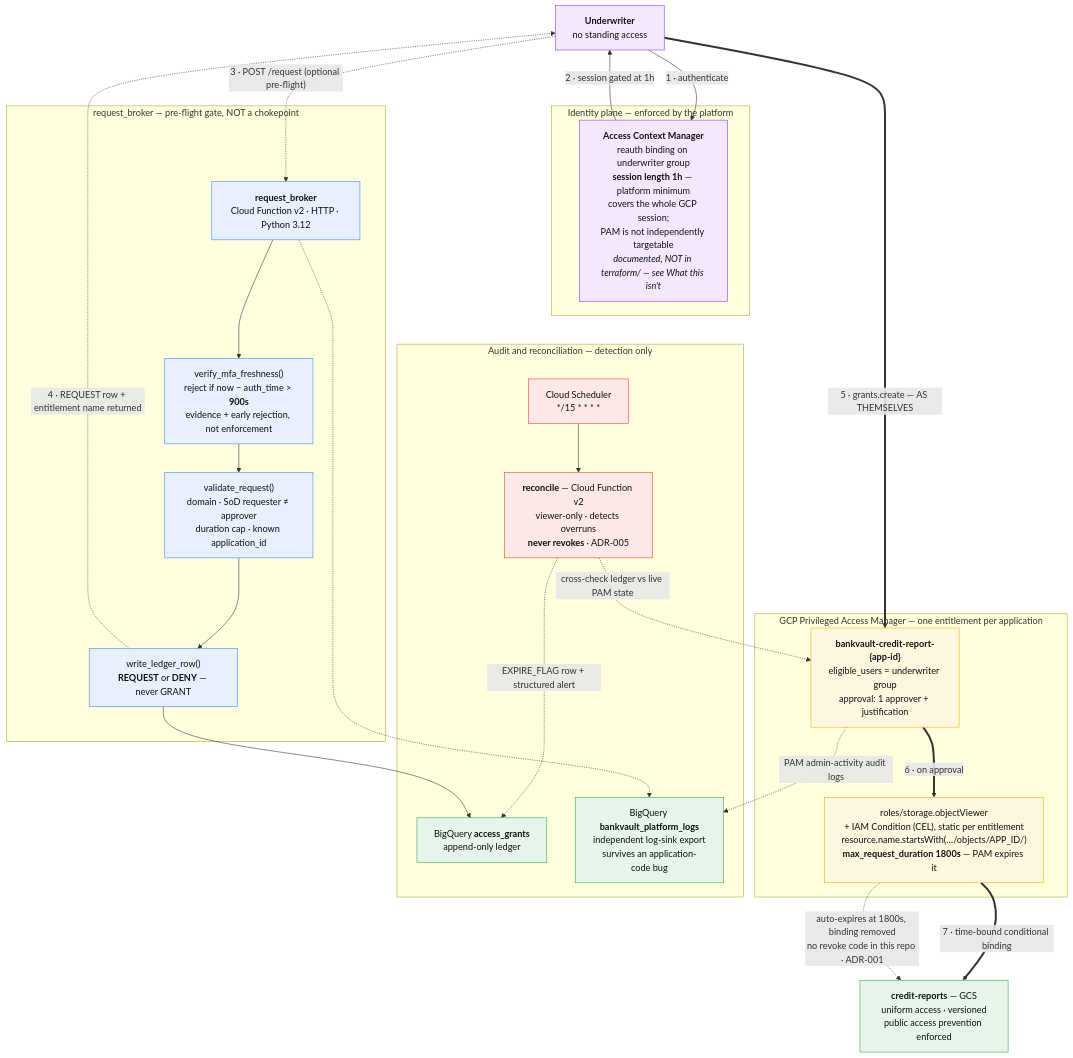
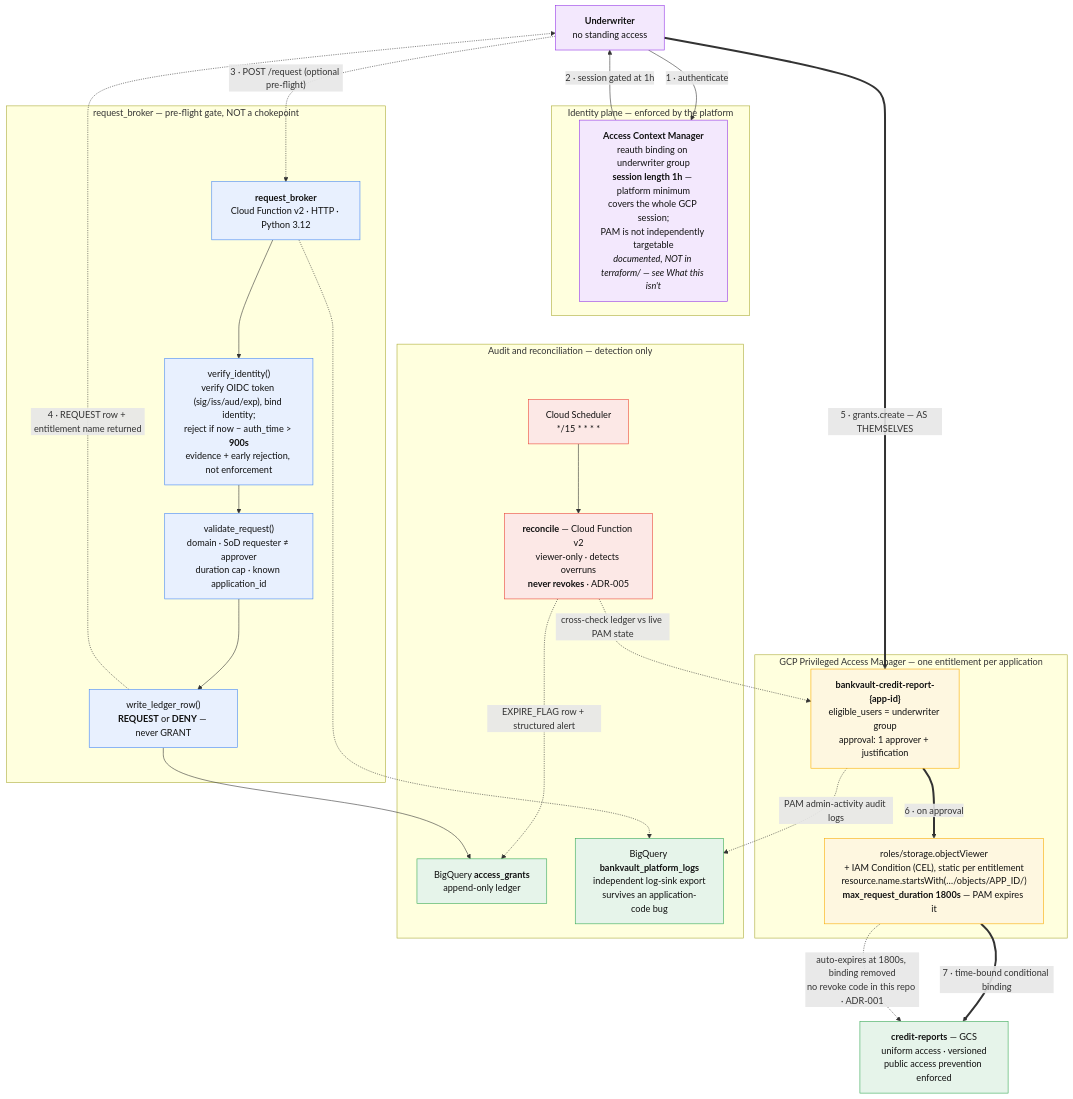
Before and after one commit to Bigbadlonewolf/bankvault: the diagram in README.md, drawn with Mermaid. The commit also changed other lines of this file and 12 other files, not shown here.

First line of the commit message:
feat(broker): verify OIDC identity instead of trusting decoded claims

````diff
--- a/README.md
+++ b/README.md
@@ -17,57 +17,57 @@
 ```mermaid
 flowchart TD
     UW["<b>Underwriter</b><br/>no standing access"]
 
     subgraph IDENTITY["Identity plane — enforced by the platform"]
         ACM["<b>Access Context Manager</b><br/>reauth binding on underwriter group<br/><b>session length 1h</b> — platform minimum<br/>covers the whole GCP session;<br/>PAM is not independently targetable<br/><i>documented, NOT in terraform/ — see What this isn't</i>"]
     end
 
     subgraph PREFLIGHT["request_broker — pre-flight gate, NOT a chokepoint"]
         BR["<b>request_broker</b><br/>Cloud Function v2 · HTTP · Python 3.12"]
-        MFA["verify_mfa_freshness()<br/>reject if now − auth_time > <b>900s</b><br/>evidence + early rejection, not enforcement"]
+        MFA["verify_identity()<br/>verify OIDC token (sig/iss/aud/exp), bind identity;<br/>reject if now − auth_time > <b>900s</b><br/>evidence + early rejection, not enforcement"]
         VAL["validate_request()<br/>domain · SoD requester ≠ approver<br/>duration cap · known application_id"]
         LW["write_ledger_row()<br/><b>REQUEST</b> or <b>DENY</b> — never GRANT"]
     end
 
     subgraph PAM["GCP Privileged Access Manager — one entitlement per application"]
         ENT["<b>bankvault-credit-report-{app-id}</b><br/>eligible_users = underwriter group<br/>approval: 1 approver + justification"]
         COND["roles/storage.objectViewer<br/>+ IAM Condition (CEL), static per entitlement<br/>resource.name.startsWith(…/objects/APP_ID/)<br/><b>max_request_duration 1800s</b> — PAM expires it"]
     end
 
     BKT["<b>credit-reports</b> — GCS<br/>uniform access · versioned<br/>public access prevention enforced"]
 
     subgraph AUDIT["Audit and reconciliation — detection only"]
         SCH["Cloud Scheduler<br/>*/15 * * * *"]
         REC["<b>reconcile</b> — Cloud Function v2<br/>viewer-only · detects overruns<br/><b>never revokes</b> · ADR-005"]
         BQ["BigQuery <b>access_grants</b><br/>append-only ledger"]
         PLOG["BigQuery <b>bankvault_platform_logs</b><br/>independent log-sink export<br/>survives an application-code bug"]
     end
 
     UW -->|"1 · authenticate"| ACM
     ACM -->|"2 · session gated at 1h"| UW
     UW -.->|"3 · POST /request (optional pre-flight)"| BR
     BR --> MFA --> VAL --> LW
     LW -.->|"4 · REQUEST row + entitlement name returned"| UW
     UW ==>|"5 · grants.create — AS THEMSELVES"| ENT
     ENT ==>|"6 · on approval"| COND
     COND ==>|"7 · time-bound conditional binding"| BKT
     COND -.->|"auto-expires at 1800s, binding removed<br/>no revoke code in this repo · ADR-001"| BKT
 
     SCH --> REC
     REC -.->|"cross-check ledger vs live PAM state"| ENT
     REC -.->|"EXPIRE_FLAG row + structured alert"| BQ
     LW --> BQ
     ENT -.->|"PAM admin-activity audit logs"| PLOG
     BR -.-> PLOG
 
     classDef enforce fill:#e8f0fe,stroke:#4285f4,color:#111
     classDef detect fill:#fce8e6,stroke:#ea4335,color:#111
     classDef store fill:#e6f4ea,stroke:#34a853,color:#111
     classDef idp fill:#f3e8fd,stroke:#9334e6,color:#111
     classDef pam fill:#fef7e0,stroke:#f9ab00,color:#111
     class UW,ACM idp
     class BR,MFA,VAL,LW enforce
     class ENT,COND pam
     class SCH,REC detect
     class BKT,BQ,PLOG store
 ```
````
